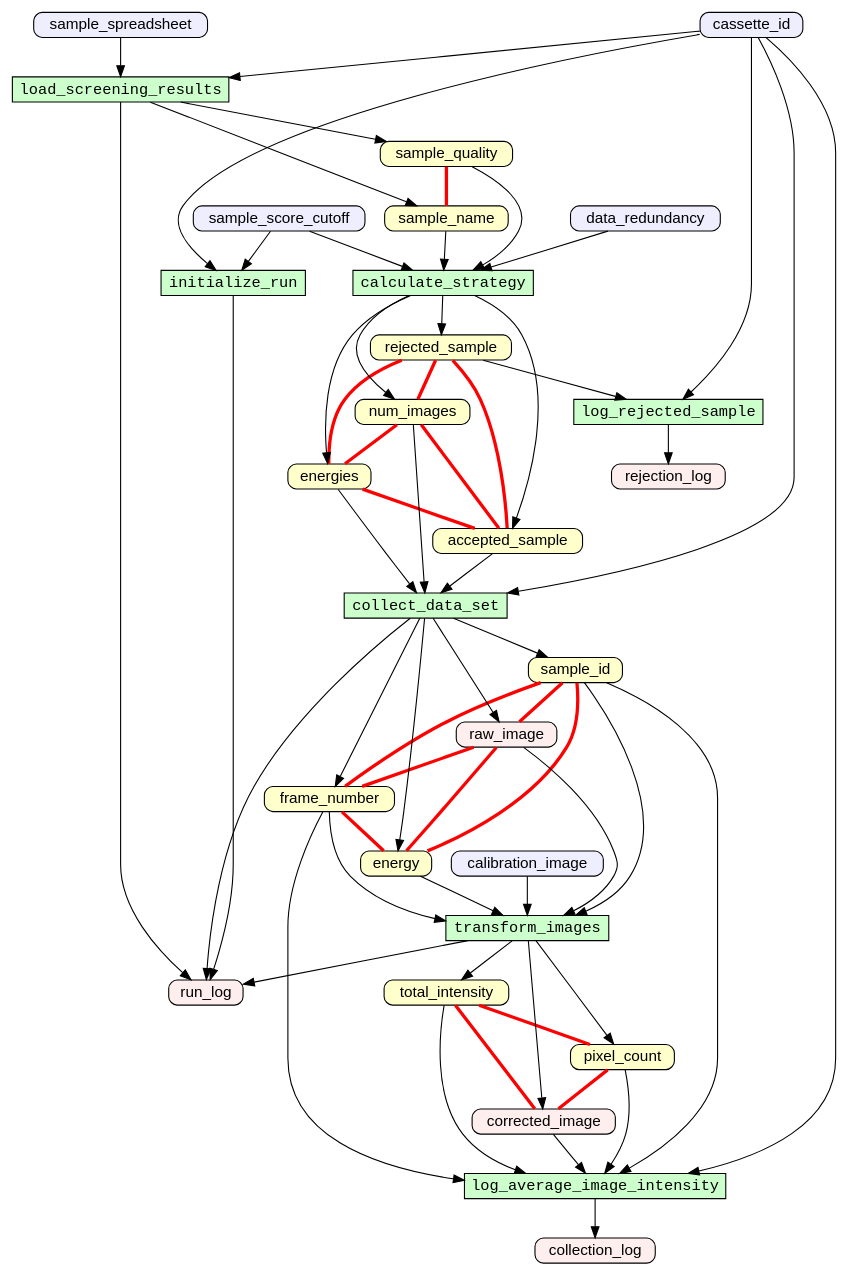
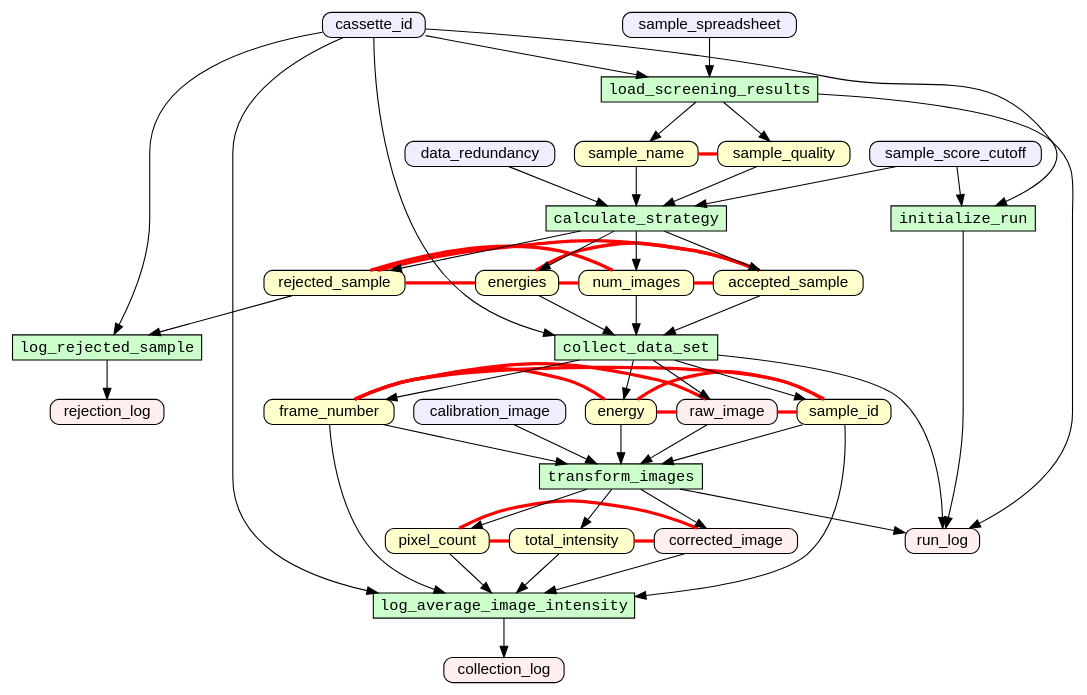
One commit to yesworkflow-org/yw-tapp-17-assert changed the diagram in toy-examples/examples/simulate_data_collection/g.gv. Above: the diagram before and after it, drawn with Graphviz. The commit also changed 2 other files, not shown here.

Commit message:
simulate_data_collection upEQV without inputs; constraint=false

```diff
--- a/toy-examples/examples/simulate_data_collection/g.gv
+++ b/toy-examples/examples/simulate_data_collection/g.gv
@@ -1,93 +1,93 @@
 digraph {
 rankdir=TB
 node [shape=box,fontname=Helvetica,fontsize=14,height=0,width=0]
 edge [fontname=Helvetica,fontsize=12]
 "accepted_sample"[style="filled,rounded" fillcolor="#FFFFCC",label="accepted_sample"]
 "energies"[style="filled,rounded" fillcolor="#FFFFCC",label="energies"]
 "energy"[style="filled,rounded" fillcolor="#FFFFCC",label="energy"]
 "frame_number"[style="filled,rounded" fillcolor="#FFFFCC",label="frame_number"]
 "num_images"[style="filled,rounded" fillcolor="#FFFFCC",label="num_images"]
 "pixel_count"[style="filled,rounded" fillcolor="#FFFFCC",label="pixel_count"]
 "rejected_sample"[style="filled,rounded" fillcolor="#FFFFCC",label="rejected_sample"]
 "sample_id"[style="filled,rounded" fillcolor="#FFFFCC",label="sample_id"]
 "sample_name"[style="filled,rounded" fillcolor="#FFFFCC",label="sample_name"]
 "sample_quality"[style="filled,rounded" fillcolor="#FFFFCC",label="sample_quality"]
 "total_intensity"[style="filled,rounded" fillcolor="#FFFFCC",label="total_intensity"]
 "collection_log"[style="filled,rounded" fillcolor="#FFEEEE",label="collection_log"]
 "corrected_image"[style="filled,rounded" fillcolor="#FFEEEE",label="corrected_image"]
 "raw_image"[style="filled,rounded" fillcolor="#FFEEEE",label="raw_image"]
 "rejection_log"[style="filled,rounded" fillcolor="#FFEEEE",label="rejection_log"]
 "run_log"[style="filled,rounded" fillcolor="#FFEEEE",label="run_log"]
 "calibration_image"[style="filled,rounded" fillcolor="#EEEEFF",label="calibration_image"]
 "cassette_id"[style="filled,rounded" fillcolor="#EEEEFF",label="cassette_id"]
 "data_redundancy"[style="filled,rounded" fillcolor="#EEEEFF",label="data_redundancy"]
 "sample_score_cutoff"[style="filled,rounded" fillcolor="#EEEEFF",label="sample_score_cutoff"]
 "sample_spreadsheet"[style="filled,rounded" fillcolor="#EEEEFF",label="sample_spreadsheet"]
 "calculate_strategy"[style="filled" fontname=Courier fillcolor="#CCFFCC",label="calculate_strategy"]
 "collect_data_set"[style="filled" fontname=Courier fillcolor="#CCFFCC",label="collect_data_set"]
 "initialize_run"[style="filled" fontname=Courier fillcolor="#CCFFCC",label="initialize_run"]
 "load_screening_results"[style="filled" fontname=Courier fillcolor="#CCFFCC",label="load_screening_results"]
 "log_average_image_intensity"[style="filled" fontname=Courier fillcolor="#CCFFCC",label="log_average_image_intensity"]
 "log_rejected_sample"[style="filled" fontname=Courier fillcolor="#CCFFCC",label="log_rejected_sample"]
 "transform_images"[style="filled" fontname=Courier fillcolor="#CCFFCC",label="transform_images"]
 accepted_sample -> collect_data_set [color="#000000"]
 calculate_strategy -> accepted_sample [color="#000000"]
 calculate_strategy -> energies [color="#000000"]
 calculate_strategy -> num_images [color="#000000"]
 calculate_strategy -> rejected_sample [color="#000000"]
 calibration_image -> transform_images [color="#000000"]
 cassette_id -> collect_data_set [color="#000000"]
 cassette_id -> initialize_run [color="#000000"]
 cassette_id -> load_screening_results [color="#000000"]
 cassette_id -> log_average_image_intensity [color="#000000"]
 cassette_id -> log_rejected_sample [color="#000000"]
 collect_data_set -> energy [color="#000000"]
 collect_data_set -> frame_number [color="#000000"]
 collect_data_set -> raw_image [color="#000000"]
 collect_data_set -> run_log [color="#000000"]
 collect_data_set -> sample_id [color="#000000"]
 corrected_image -> log_average_image_intensity [color="#000000"]
 data_redundancy -> calculate_strategy [color="#000000"]
 energies -> collect_data_set [color="#000000"]
 energy -> transform_images [color="#000000"]
 frame_number -> log_average_image_intensity [color="#000000"]
 frame_number -> transform_images [color="#000000"]
 initialize_run -> run_log [color="#000000"]
 load_screening_results -> run_log [color="#000000"]
 load_screening_results -> sample_name [color="#000000"]
 load_screening_results -> sample_quality [color="#000000"]
 log_average_image_intensity -> collection_log [color="#000000"]
 log_rejected_sample -> rejection_log [color="#000000"]
 num_images -> collect_data_set [color="#000000"]
 pixel_count -> log_average_image_intensity [color="#000000"]
 raw_image -> transform_images [color="#000000"]
 rejected_sample -> log_rejected_sample [color="#000000"]
 sample_id -> log_average_image_intensity [color="#000000"]
 sample_id -> transform_images [color="#000000"]
 sample_name -> calculate_strategy [color="#000000"]
 sample_quality -> calculate_strategy [color="#000000"]
 sample_score_cutoff -> calculate_strategy [color="#000000"]
 sample_score_cutoff -> initialize_run [color="#000000"]
 sample_spreadsheet -> load_screening_results [color="#000000"]
 total_intensity -> log_average_image_intensity [color="#000000"]
 transform_images -> corrected_image [color="#000000"]
 transform_images -> pixel_count [color="#000000"]
 transform_images -> run_log [color="#000000"]
 transform_images -> total_intensity [color="#000000"]
-energies -> accepted_sample [constraint=true color="#FF0000" dir=none penwidth=3]
-frame_number -> energy [constraint=true color="#FF0000" dir=none penwidth=3]
-num_images -> accepted_sample [constraint=true color="#FF0000" dir=none penwidth=3]
-num_images -> energies [constraint=true color="#FF0000" dir=none penwidth=3]
-pixel_count -> corrected_image [constraint=true color="#FF0000" dir=none penwidth=3]
-raw_image -> energy [constraint=true color="#FF0000" dir=none penwidth=3]
-raw_image -> frame_number [constraint=true color="#FF0000" dir=none penwidth=3]
-rejected_sample -> accepted_sample [constraint=true color="#FF0000" dir=none penwidth=3]
-rejected_sample -> energies [constraint=true color="#FF0000" dir=none penwidth=3]
-rejected_sample -> num_images [constraint=true color="#FF0000" dir=none penwidth=3]
-sample_id -> energy [constraint=true color="#FF0000" dir=none penwidth=3]
-sample_id -> frame_number [constraint=true color="#FF0000" dir=none penwidth=3]
-sample_id -> raw_image [constraint=true color="#FF0000" dir=none penwidth=3]
-sample_quality -> sample_name [constraint=true color="#FF0000" dir=none penwidth=3]
-total_intensity -> corrected_image [constraint=true color="#FF0000" dir=none penwidth=3]
-total_intensity -> pixel_count [constraint=true color="#FF0000" dir=none penwidth=3]
+energies -> accepted_sample [constraint=false color="#FF0000" dir=none penwidth=3]
+frame_number -> energy [constraint=false color="#FF0000" dir=none penwidth=3]
+num_images -> accepted_sample [constraint=false color="#FF0000" dir=none penwidth=3]
+num_images -> energies [constraint=false color="#FF0000" dir=none penwidth=3]
+pixel_count -> corrected_image [constraint=false color="#FF0000" dir=none penwidth=3]
+raw_image -> energy [constraint=false color="#FF0000" dir=none penwidth=3]
+raw_image -> frame_number [constraint=false color="#FF0000" dir=none penwidth=3]
+rejected_sample -> accepted_sample [constraint=false color="#FF0000" dir=none penwidth=3]
+rejected_sample -> energies [constraint=false color="#FF0000" dir=none penwidth=3]
+rejected_sample -> num_images [constraint=false color="#FF0000" dir=none penwidth=3]
+sample_id -> energy [constraint=false color="#FF0000" dir=none penwidth=3]
+sample_id -> frame_number [constraint=false color="#FF0000" dir=none penwidth=3]
+sample_id -> raw_image [constraint=false color="#FF0000" dir=none penwidth=3]
+sample_quality -> sample_name [constraint=false color="#FF0000" dir=none penwidth=3]
+total_intensity -> corrected_image [constraint=false color="#FF0000" dir=none penwidth=3]
+total_intensity -> pixel_count [constraint=false color="#FF0000" dir=none penwidth=3]
 }
```
